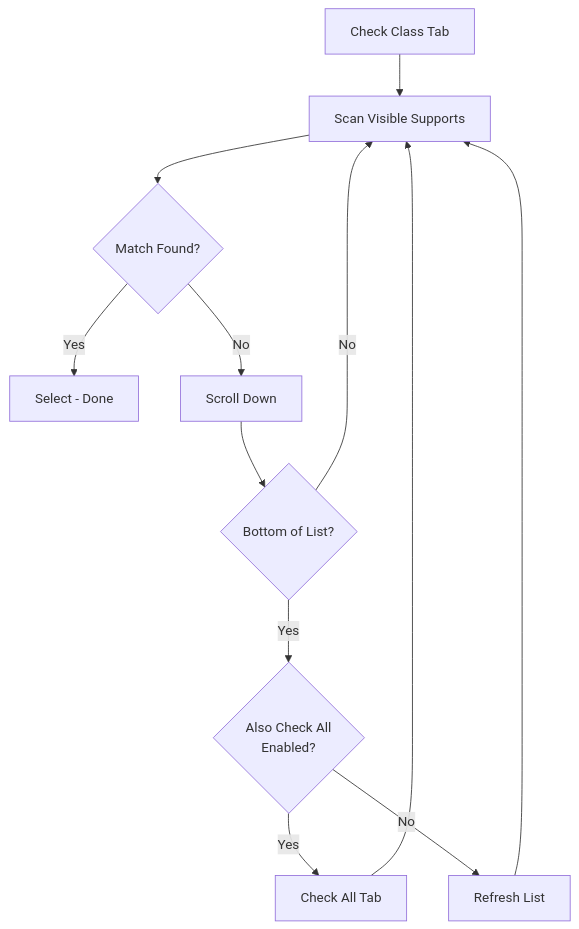
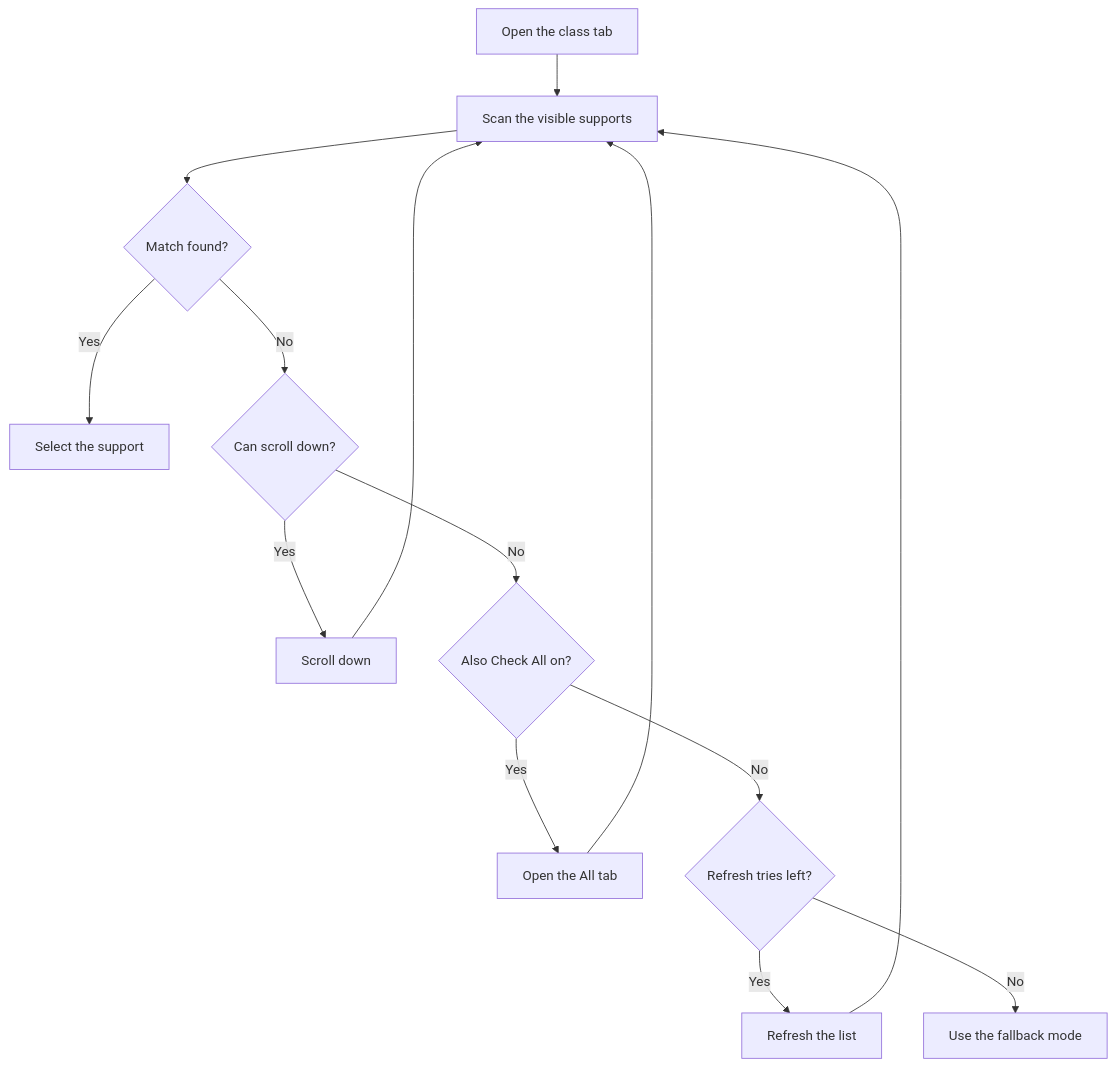
The diagram in docs/support-screen/selection-modes.md (ArthurKun21/FGA-Preview-Build), drawn with Mermaid before and after one commit. The commit also changed other lines of this file and 23 other files, not shown here.

````diff
--- a/docs/support-screen/selection-modes.md
+++ b/docs/support-screen/selection-modes.md
@@ -125,14 +141,16 @@
 ```mermaid
 flowchart TD
-    A[Check Class Tab] --> B[Scan Visible Supports]
-    B --> C{Match Found?}
-    C -->|Yes| D[Select - Done]
-    C -->|No| E[Scroll Down]
-    E --> F{Bottom of List?}
-    F -->|No| B
-    F -->|Yes| G{Also Check All<br/>Enabled?}
-    G -->|Yes| H[Check All Tab]
-    G -->|No| I[Refresh List]
+    A[Open the class tab] --> B[Scan the visible supports]
+    B --> C{Match found?}
+    C -->|Yes| D[Select the support]
+    C -->|No| E{Can scroll down?}
+    E -->|Yes| F[Scroll down]
+    F --> B
+    E -->|No| G{Also Check All on?}
+    G -->|Yes| H[Open the All tab]
     H --> B
-    I --> B
+    G -->|No| I{Refresh tries left?}
+    I -->|Yes| J[Refresh the list]
+    J --> B
+    I -->|No| K[Use the fallback mode]
 ```
````
